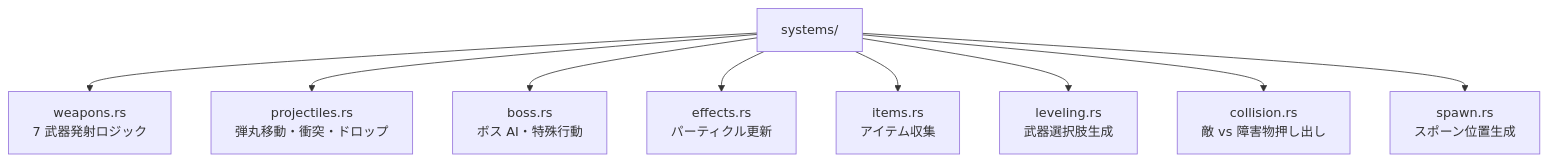
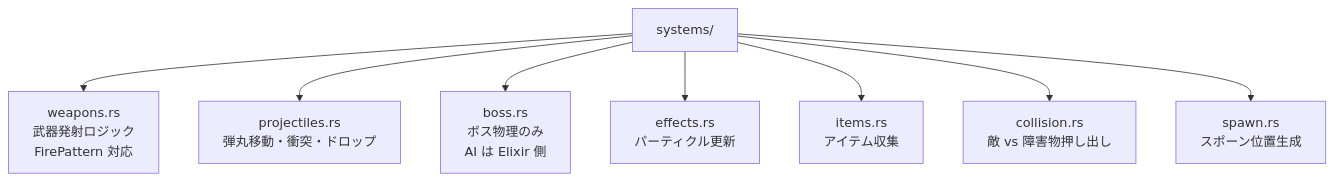
Before and after one commit to FRICK-ELDY/alchemy-engine: the sixth of 12 diagrams in docs/rust-layer.md, drawn with Mermaid. The commit also changed other lines of this file and 6 other files, not shown here.

````diff
--- a/docs/rust-layer.md
+++ b/docs/rust-layer.md
@@ -198,21 +251,19 @@
 ```mermaid
 graph TD
     SYS[systems/]
-    WEP[weapons.rs<br/>7 武器発射ロジック]
+    WEP[weapons.rs<br/>武器発射ロジック<br/>FirePattern 対応]
     PRJ[projectiles.rs<br/>弾丸移動・衝突・ドロップ]
-    BOSS[boss.rs<br/>ボス AI・特殊行動]
+    BOSS[boss.rs<br/>ボス物理のみ<br/>AI は Elixir 側]
     EFF[effects.rs<br/>パーティクル更新]
     ITEM[items.rs<br/>アイテム収集]
-    LEV[leveling.rs<br/>武器選択肢生成]
     COL[collision.rs<br/>敵 vs 障害物押し出し]
     SPW[spawn.rs<br/>スポーン位置生成]
 
     SYS --> WEP
     SYS --> PRJ
     SYS --> BOSS
     SYS --> EFF
     SYS --> ITEM
-    SYS --> LEV
     SYS --> COL
     SYS --> SPW
 ```
````
